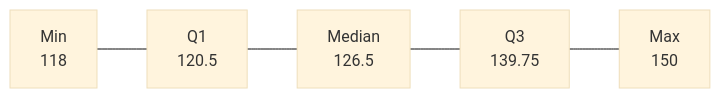
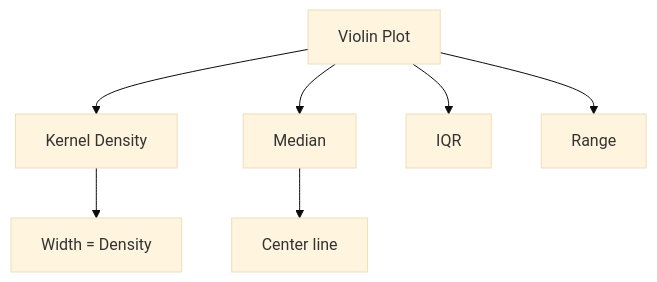
Before and after one commit to muhammadsalek/statistics-for-scientists: the fourth of 5 diagrams in 03-dispersion.md, drawn with Mermaid (base theme). The commit also changed other lines of this file, not shown here.

````diff
--- a/03-dispersion.md
+++ b/03-dispersion.md
@@ -769,4 +3071,9 @@
 ```mermaid
-graph LR
-    A["Min<br/>118"] --- B["Q1<br/>120.5"] --- C["Median<br/>126.5"] --- D["Q3<br/>139.75"] --- E["Max<br/>150"]
+graph TD
+    A["Violin Plot"] --> B["Kernel Density"]
+    A --> C["Median"]
+    A --> D["IQR"]
+    A --> E["Range"]
+    B --> F["Width = Density"]
+    C --> G["Center line"]
 ```
````
